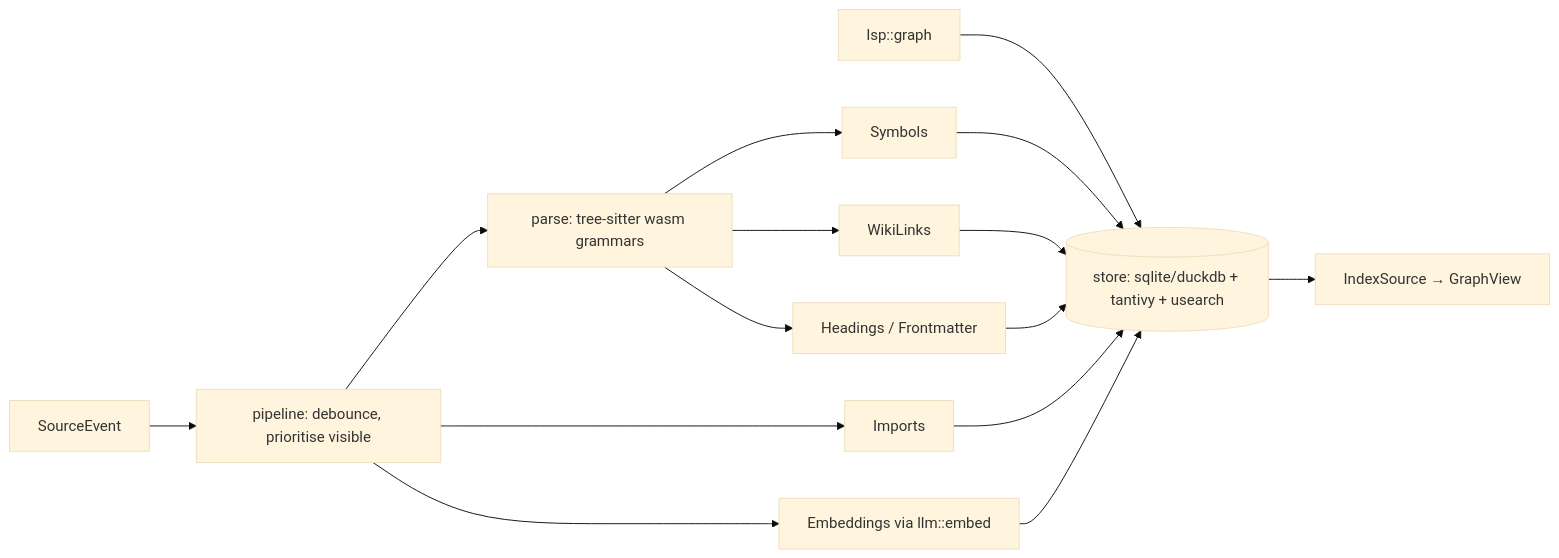
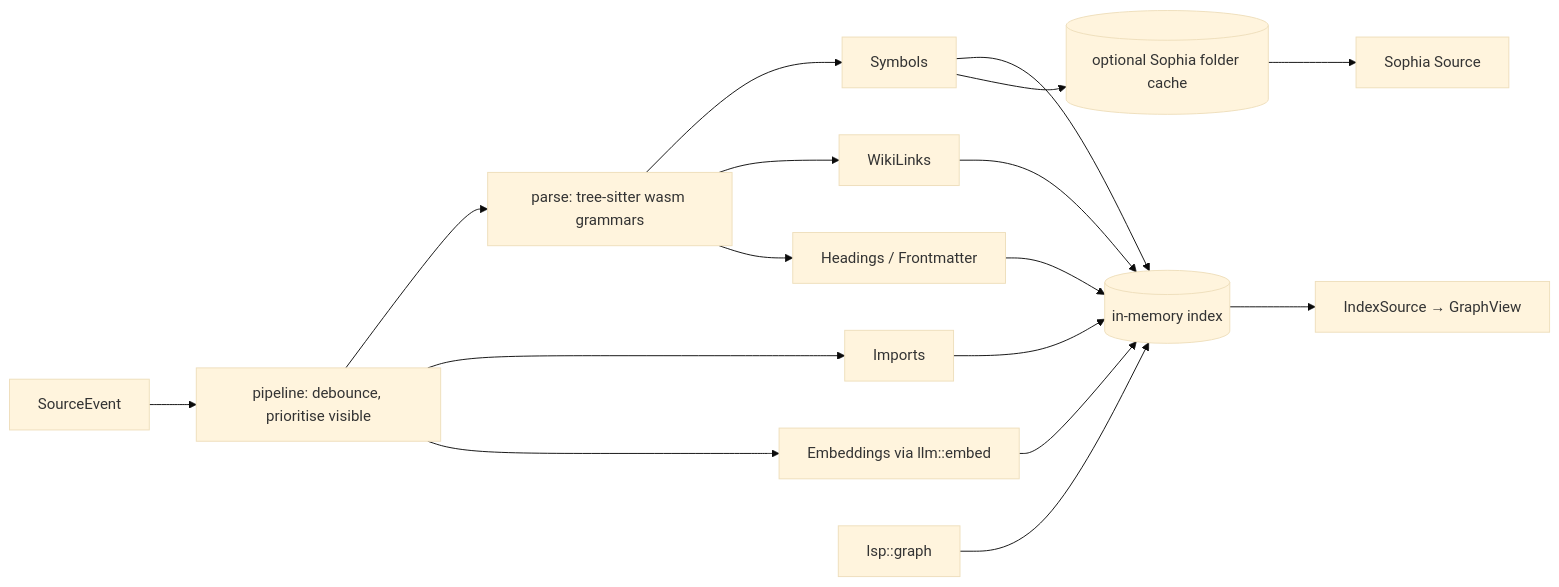
Before and after one commit to MathStruct/Moonkale: the diagram in markdown/architecture/Indexing.md, drawn with Mermaid (base theme). The commit also changed other lines of this file and 10 other files, not shown here.

First line of the commit message:
test(docs): Sophia folder store acceptance and measurements (WP-21)

````diff
--- a/markdown/architecture/Indexing.md
+++ b/markdown/architecture/Indexing.md
@@ -16,13 +56,15 @@
 ```mermaid
 flowchart LR
   EV[SourceEvent] --> P[pipeline: debounce, prioritise visible]
   P --> PA[parse: tree-sitter wasm grammars]
   PA --> X1[Symbols]
   PA --> X2[WikiLinks]
   PA --> X3[Headings / Frontmatter]
   P --> X4[Imports]
   P --> X5[Embeddings via llm::embed]
   LSP[lsp::graph] --> ST
-  X1 & X2 & X3 & X4 & X5 --> ST[(store: sqlite/duckdb + tantivy + usearch)]
+  X1 & X2 & X3 & X4 & X5 --> ST[(in-memory index)]
+  X1 --> SC[(optional Sophia folder cache)]
+  SC --> SS[Sophia Source]
   ST --> IS[IndexSource → GraphView]
 ```
````
